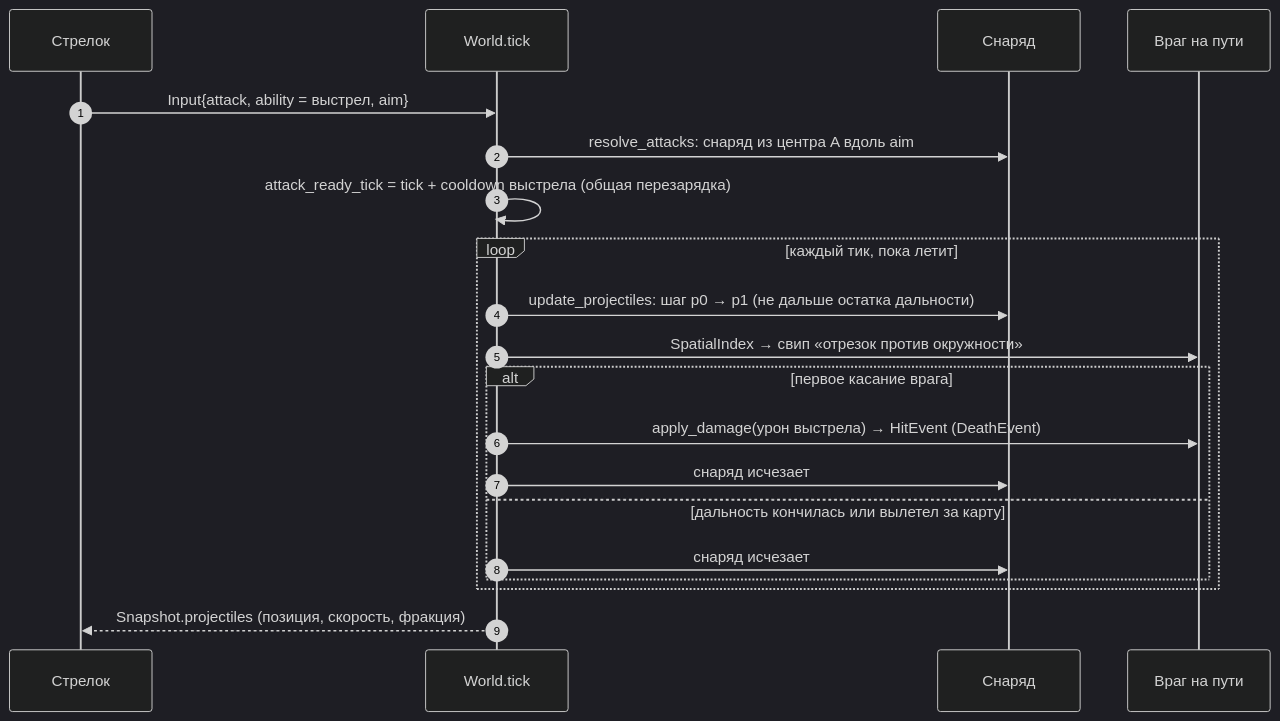
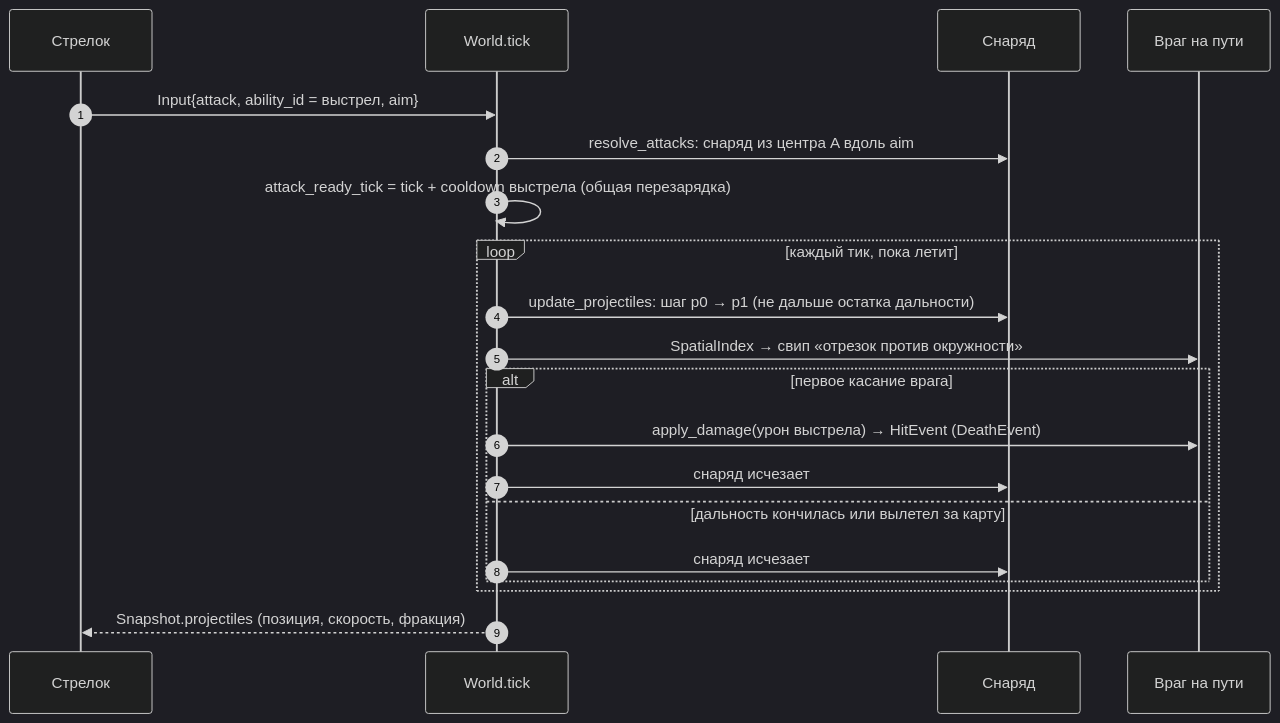
One commit to litcxx/Game changed the seventh of 10 diagrams in server/docs/sequence-diagram.md. Above: the diagram before and after it, drawn with Mermaid (dark theme). The commit also changed other lines of this file and 26 other files, not shown here.

````diff
--- a/server/docs/sequence-diagram.md
+++ b/server/docs/sequence-diagram.md
@@ -267,23 +267,23 @@
 ```mermaid
 sequenceDiagram
     autonumber
     participant A as Стрелок
     participant world as World.tick
     participant P as Снаряд
     participant V as Враг на пути
 
-    A->>world: Input{attack, ability = выстрел, aim}
+    A->>world: Input{attack, ability_id = выстрел, aim}
     world->>P: resolve_attacks: снаряд из центра A вдоль aim
     world->>world: attack_ready_tick = tick + cooldown выстрела (общая перезарядка)
     loop каждый тик, пока летит
         world->>P: update_projectiles: шаг p0 → p1 (не дальше остатка дальности)
         world->>V: SpatialIndex → свип «отрезок против окружности»
         alt первое касание врага
             world->>V: apply_damage(урон выстрела) → HitEvent (DeathEvent)
             world->>P: снаряд исчезает
         else дальность кончилась или вылетел за карту
             world->>P: снаряд исчезает
         end
     end
     world-->>A: Snapshot.projectiles (позиция, скорость, фракция)
 ```
````
